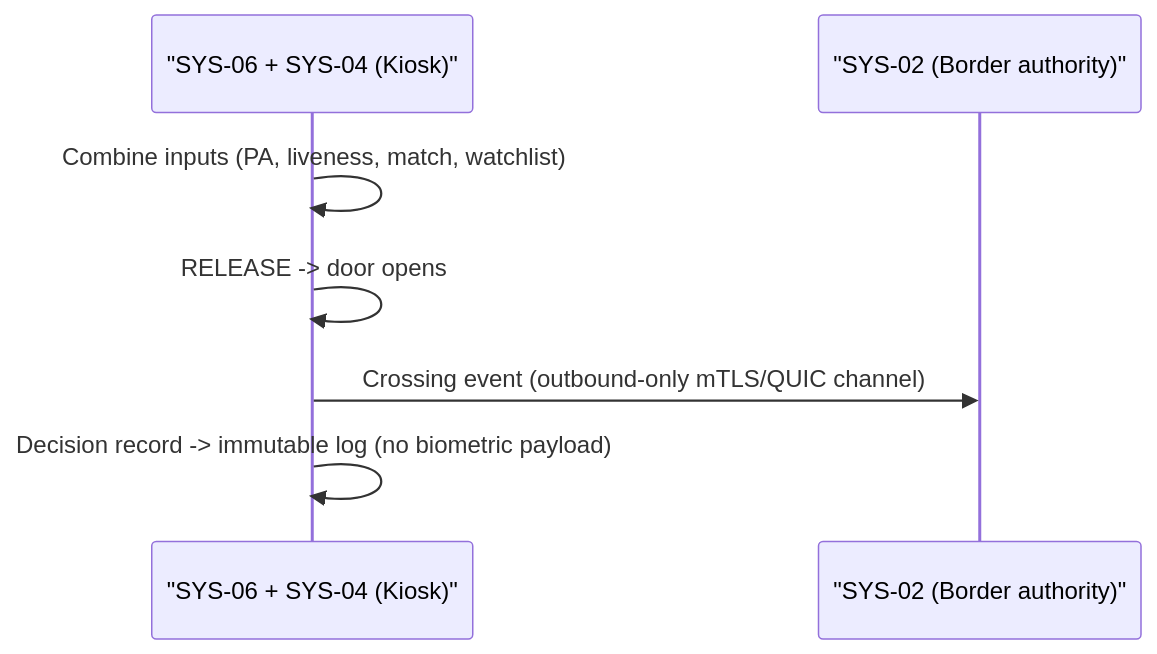
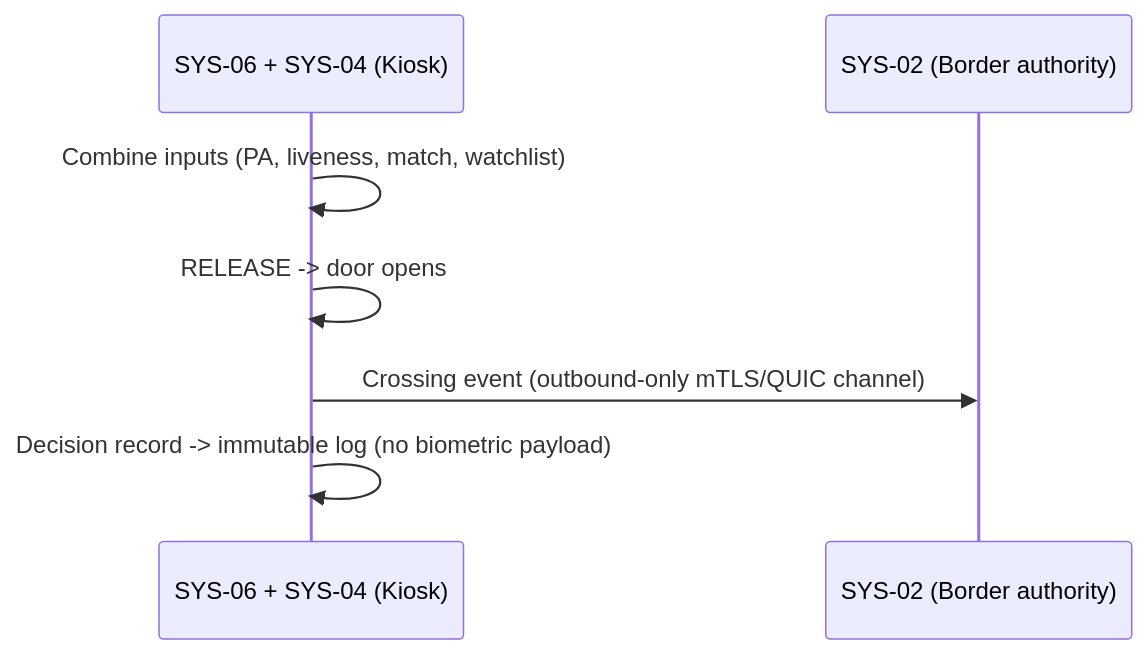
Before and after one commit to pauloribeiro16/Methodology_compact: the fifth of 21 diagrams in 02_CASES/Case_02_SecureBorder_Solutions/03_PHASE3_DECOMPOSITION/annexes/B_Sequence_Diagrams.md, drawn with Mermaid. The commit also changed other lines of this file and 5 other files, not shown here.

Commit message:
[EXECUTOR] uc-catalogues: embed UC diagram gallery + inline sequence diagrams — Case_01/02/03

````diff
--- a/02_CASES/Case_02_SecureBorder_Solutions/03_PHASE3_DECOMPOSITION/annexes/B_Sequence_Diagrams.md
+++ b/02_CASES/Case_02_SecureBorder_Solutions/03_PHASE3_DECOMPOSITION/annexes/B_Sequence_Diagrams.md
@@ -81,9 +78,9 @@
 ```mermaid
 sequenceDiagram
-    participant KIOSK as "SYS-06 + SYS-04 (Kiosk)"
-    participant AUTH as "SYS-02 (Border authority)"
+    participant KIOSK as SYS-06 + SYS-04 (Kiosk)
+    participant AUTH as SYS-02 (Border authority)
     KIOSK->>KIOSK: Combine inputs (PA, liveness, match, watchlist)
     KIOSK->>KIOSK: RELEASE -> door opens
     KIOSK->>AUTH: Crossing event (outbound-only mTLS/QUIC channel)
     KIOSK->>KIOSK: Decision record -> immutable log (no biometric payload)
 ```
````
